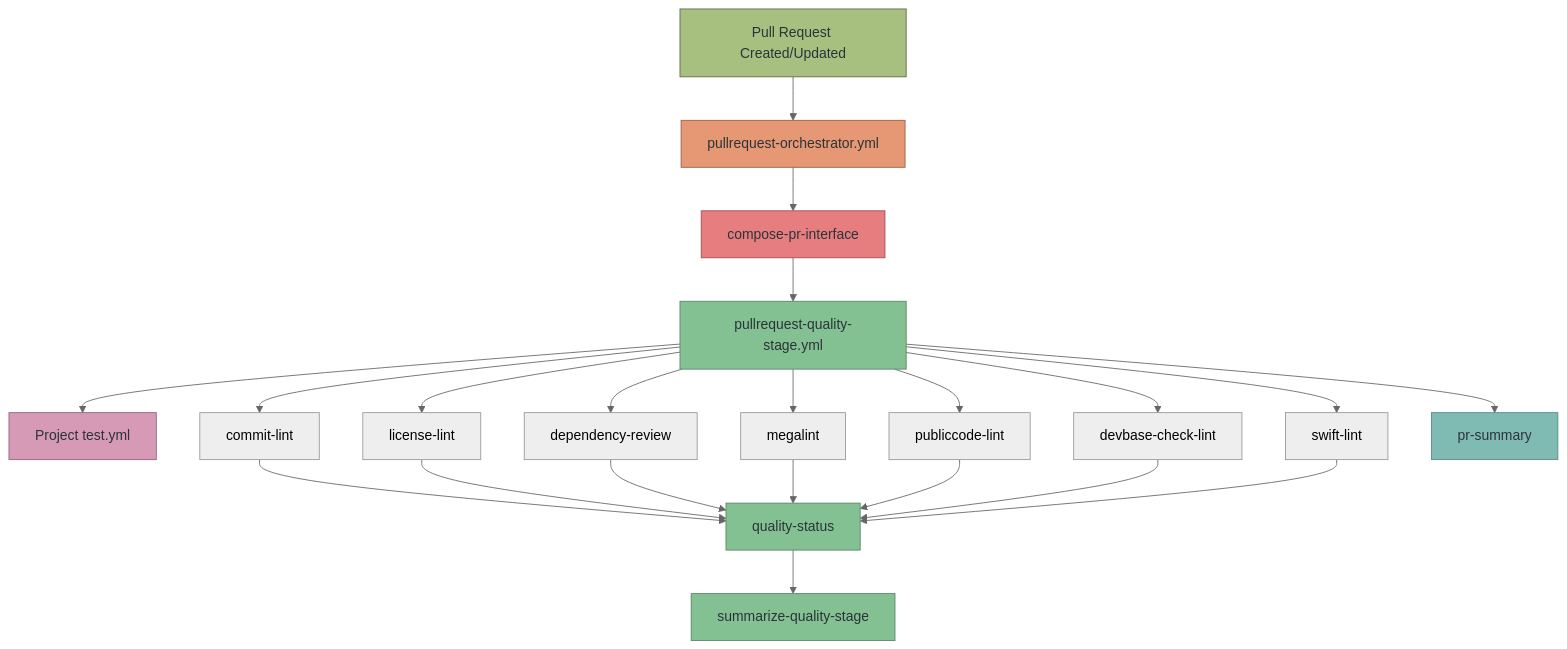
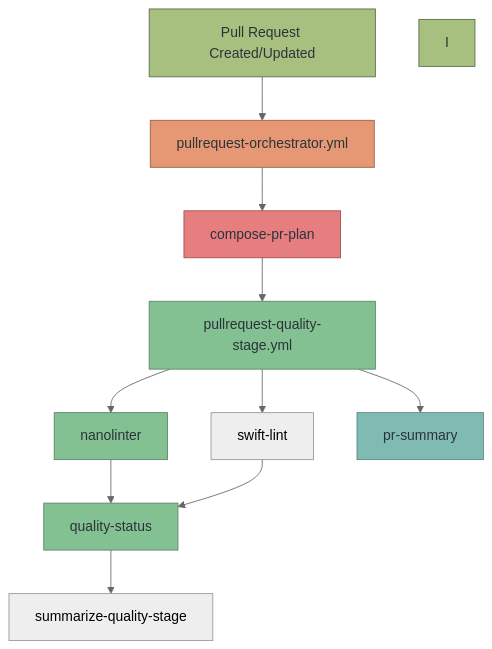
The first of 5 diagrams in docs/workflows.md (diggsweden/reusable-ci), drawn with Mermaid (neutral theme) before and after one commit. The commit also changed other lines of this file and 351 other files, not shown here.

````diff
--- a/docs/workflows.md
+++ b/docs/workflows.md
@@ -25,33 +25,22 @@
 ```mermaid
 graph TD
     A[Pull Request Created/Updated] --> B[pullrequest-orchestrator.yml]
-    B --> C[compose-pr-interface]
+    B --> C[compose-pr-plan]
     C --> D[pullrequest-quality-stage.yml]
-    D --> E[Project test.yml]
 
-    D --> F[commit-lint]
-    D --> G[license-lint]
-    D --> H[dependency-review]
-    D --> I[megalint]
-    D --> J[publiccode-lint]
-    D --> K[devbase-check-lint]
+    D --> N[nanolinter]
     D --> L[swift-lint]
-    F --> M[quality-status]
-    G --> M
-    H --> M
-    I --> M
-    J --> M
-    K --> M
+    N --> M[quality-status]
     L --> M
-    M --> N[summarize-quality-stage]
+    M --> S[summarize-quality-stage]
     D --> O[pr-summary]
 
     style A fill:#a7c080,stroke:#5c6a4a,color:#2b3339
     style B fill:#e69875,stroke:#9d5c41,color:#2b3339
     style C fill:#e67e80,stroke:#9d4f50,color:#2b3339
     style D fill:#83c092,stroke:#5c856a,color:#2b3339
-    style E fill:#d699b6,stroke:#93647c,color:#2b3339
+    style I fill:#a7c080,stroke:#5c6a4a,color:#2b3339
     style M fill:#83c092,stroke:#5c856a,color:#2b3339
     style N fill:#83c092,stroke:#5c856a,color:#2b3339
     style O fill:#7fbbb3,stroke:#5a8a82,color:#2b3339
 ```
````
